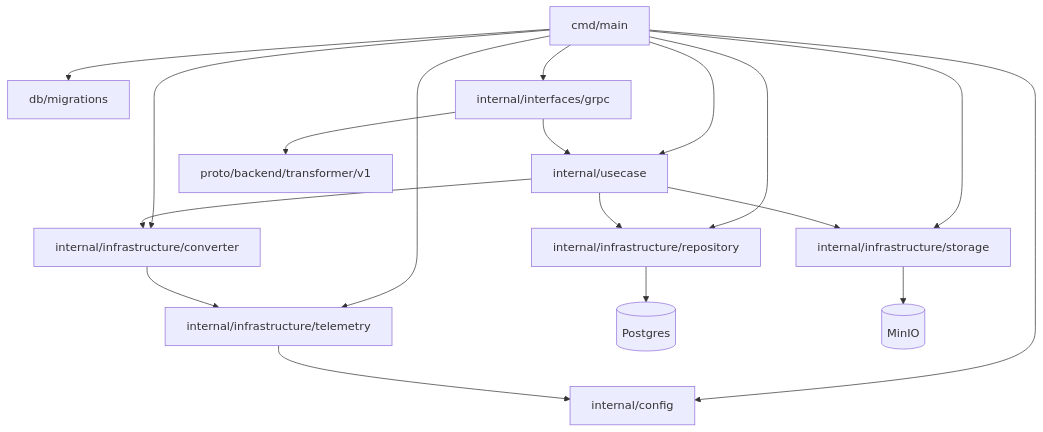
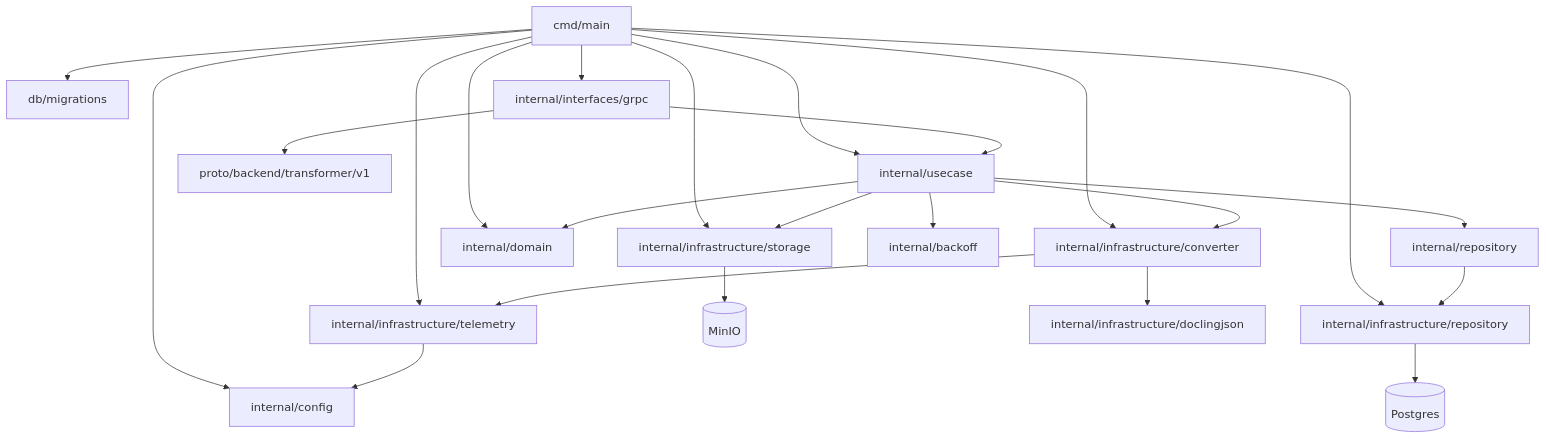
The diagram in backend/docling-transformer-service/code.md (FedorovTeam/mono-repo), drawn with Mermaid before and after one commit. The commit also changed other lines of this file, not shown here.

Commit message:
Update code module documentation

````diff
--- a/backend/docling-transformer-service/code.md
+++ b/backend/docling-transformer-service/code.md
@@ -3,20 +3,25 @@
 ```mermaid
 graph TD
     main[cmd/main] --> cfg[internal/config]
     main --> telemetry[internal/infrastructure/telemetry]
     main --> migrations[db/migrations]
     main --> storage[internal/infrastructure/storage]
-    main --> repo[internal/infrastructure/repository]
-    main --> conv[internal/infrastructure/converter]
+    main --> repoImpl[internal/infrastructure/repository]
+    main --> converter[internal/infrastructure/converter]
     main --> usecases[internal/usecase]
-    main --> grpcsrv[internal/interfaces/grpc]
-    usecases --> repo
-    usecases --> conv
+    main --> grpc[internal/interfaces/grpc]
+    main --> domain[internal/domain]
+    usecases --> repoIface[internal/repository]
+    repoIface --> repoImpl
+    repoImpl --> postgres[(Postgres)]
     usecases --> storage
-    grpcsrv --> usecases
-    grpcsrv --> proto[proto/backend/transformer/v1]
-    repo --> postgres[(Postgres)]
     storage --> minio[(MinIO)]
-    conv --> telemetry
+    usecases --> converter
+    converter --> doclingjson[internal/infrastructure/doclingjson]
+    converter --> telemetry
+    usecases --> backoff[internal/backoff]
+    usecases --> domain
+    grpc --> usecases
+    grpc --> proto[proto/backend/transformer/v1]
     telemetry --> cfg
 ```
````
